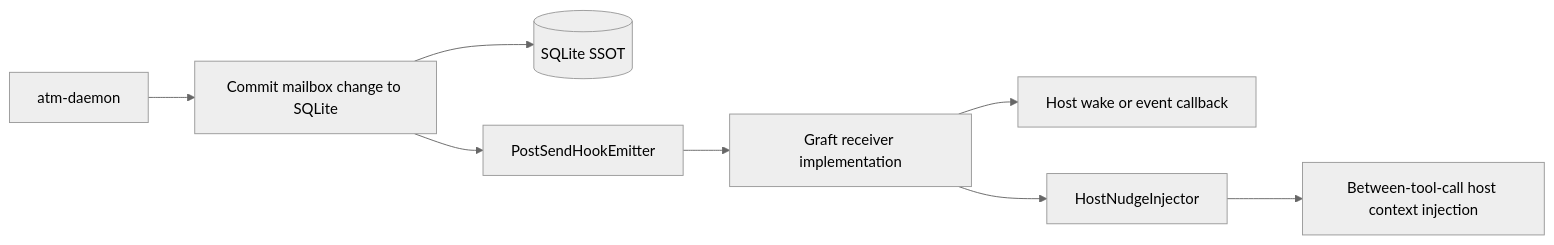
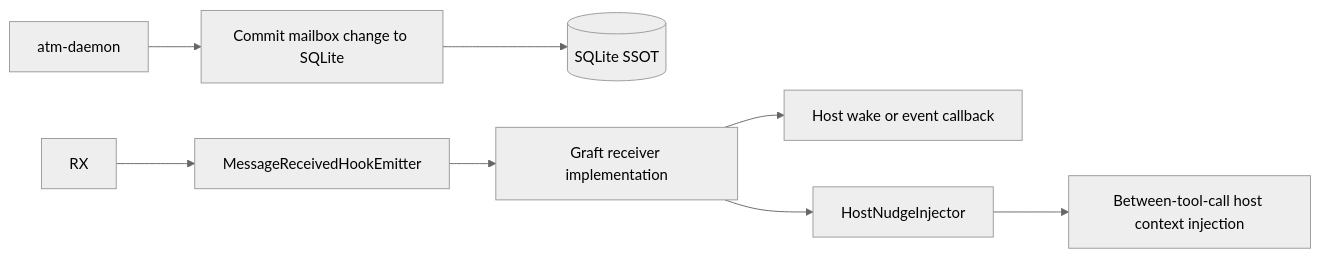
Before and after one commit to randlee/atm-core: the diagram in docs/atm-graft/architecture.md, drawn with Mermaid (neutral theme). The commit also changed other lines of this file and 30 other files, not shown here.

````diff
--- a/docs/atm-graft/architecture.md
+++ b/docs/atm-graft/architecture.md
@@ -226,10 +226,10 @@
 ```mermaid
 flowchart LR
     D[atm-daemon] --> TX[Commit mailbox change to SQLite]
     TX --> SQ[(SQLite SSOT)]
-    TX --> E[PostSendHookEmitter]
+    RX --> E[MessageReceivedHookEmitter]
     E --> GR[Graft receiver implementation]
     GR --> EV[Host wake or event callback]
     GR --> HI[HostNudgeInjector]
     HI --> HC[Between-tool-call host context injection]
 ```
````
